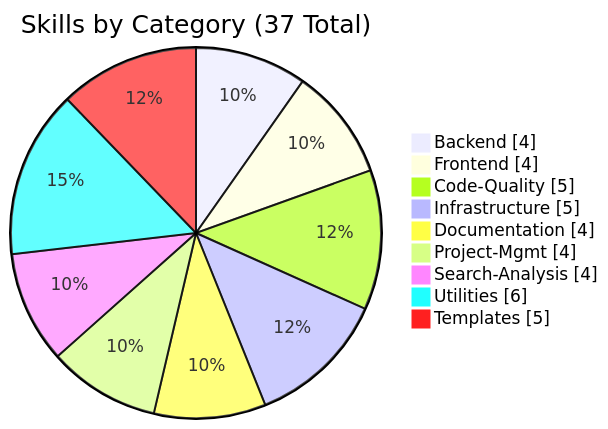
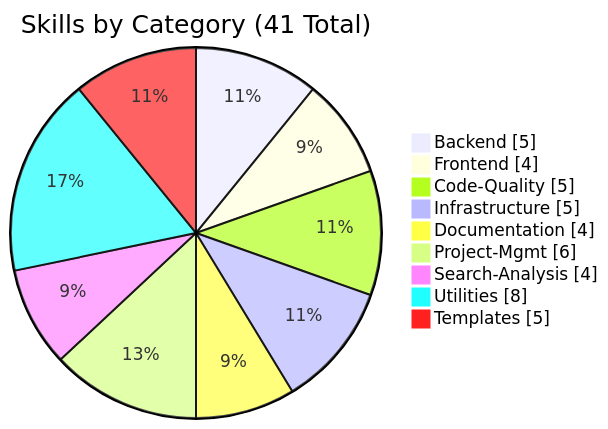
One commit to akillness/skills-template changed the third of 6 diagrams in README.md. Above: the diagram before and after it, drawn with Mermaid. The commit also changed other lines of this file, not shown here.

Commit message:
docs: Update README.md to reflect latest project content

````diff
--- a/README.md
+++ b/README.md
@@ -130,13 +130,13 @@
 ```mermaid
 pie showData
-    title Skills by Category (37 Total)
-    "Backend" : 4
+    title Skills by Category (41 Total)
+    "Backend" : 5
     "Frontend" : 4
     "Code-Quality" : 5
     "Infrastructure" : 5
     "Documentation" : 4
-    "Project-Mgmt" : 4
+    "Project-Mgmt" : 6
     "Search-Analysis" : 4
-    "Utilities" : 6
+    "Utilities" : 8
     "Templates" : 5
 ```
````
